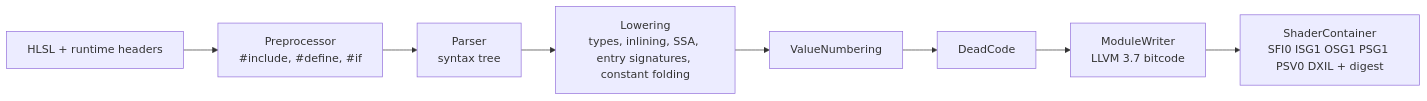
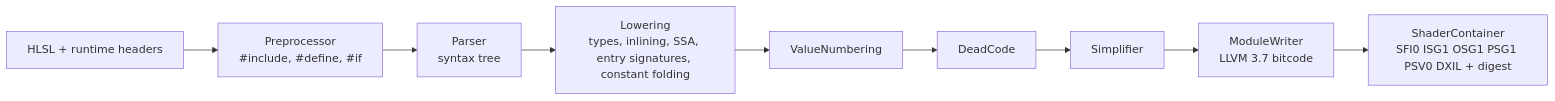
Before and after one commit to ThatRecompDev/five-star-recomp: the diagram in docs/dxil-backend.md, drawn with Mermaid. The commit also changed other lines of this file and 5 other files, not shown here.

````diff
--- a/docs/dxil-backend.md
+++ b/docs/dxil-backend.md
@@ -32,10 +32,11 @@
 ```mermaid
 flowchart LR
   hlsl["HLSL + runtime headers"] --> pre["Preprocessor<br/>#include, #define, #if"]
   pre --> parse["Parser<br/>syntax tree"]
   parse --> lower["Lowering<br/>types, inlining, SSA, entry signatures, constant folding"]
   lower --> gvn["ValueNumbering"]
   gvn --> dce["DeadCode"]
-  dce --> write["ModuleWriter<br/>LLVM 3.7 bitcode"]
+  dce --> simplify["Simplifier"]
+  simplify --> write["ModuleWriter<br/>LLVM 3.7 bitcode"]
   write --> container["ShaderContainer<br/>SFI0 ISG1 OSG1 PSG1 PSV0 DXIL + digest"]
 ```
````
